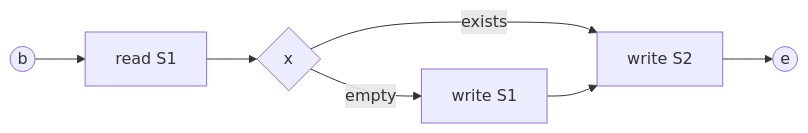
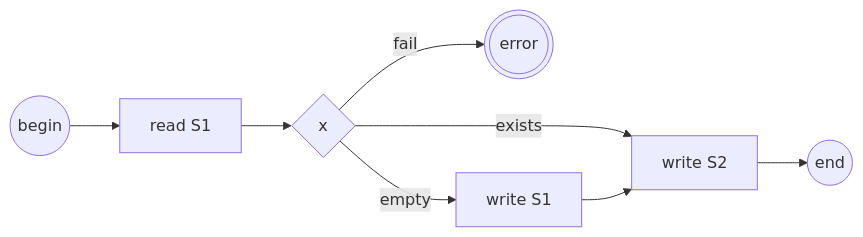
Before and after one commit to johnthesmith/scraps: the second of 2 diagrams in ru/state_consistency_problem.md, drawn with Mermaid.

````diff
--- a/ru/state_consistency_problem.md
+++ b/ru/state_consistency_problem.md
@@ -59,8 +59,9 @@
 ```mermaid
 flowchart LR
-    b((b)) --> rs1
+    b((begin)) --> rs1
     rs1[read S1] --> cc{x}
+    cc --> |fail| e1(((error)))
     cc --> |exists| wS2[write S2]
     cc --> |empty| wS1[write S1] --> wS2
-    wS2 --> e((e))
+    wS2 --> e((end))
 ```
````
